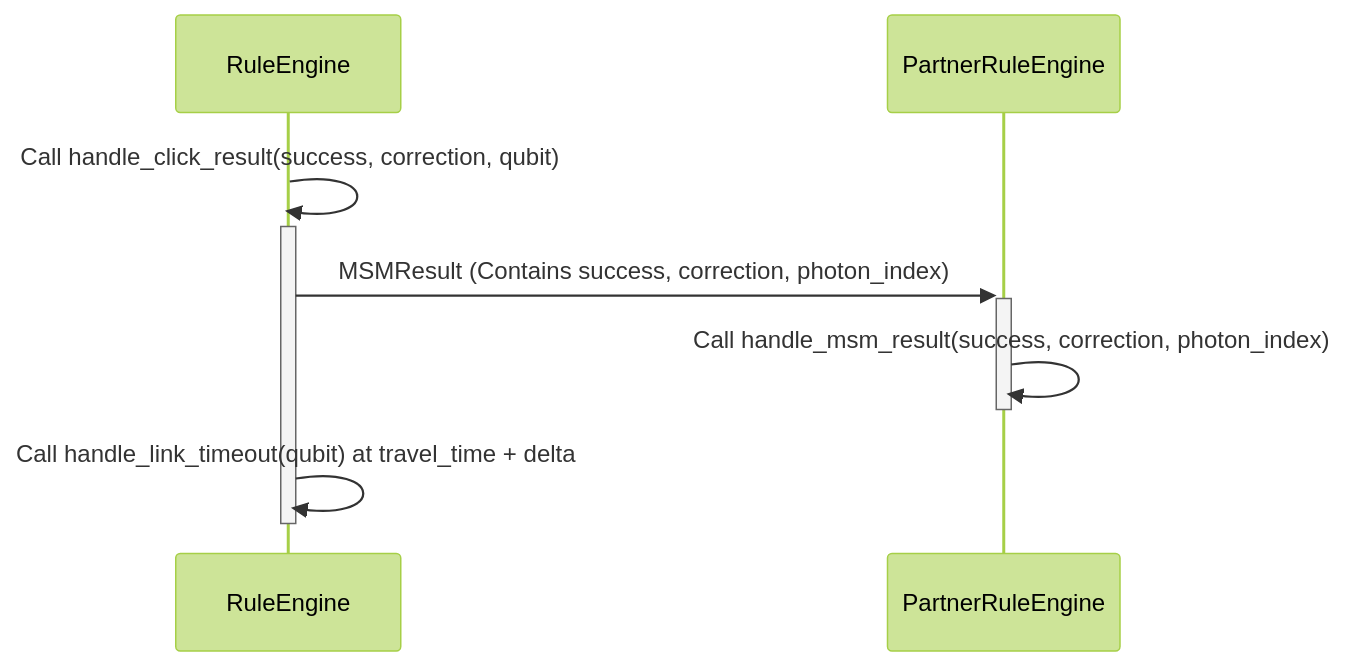
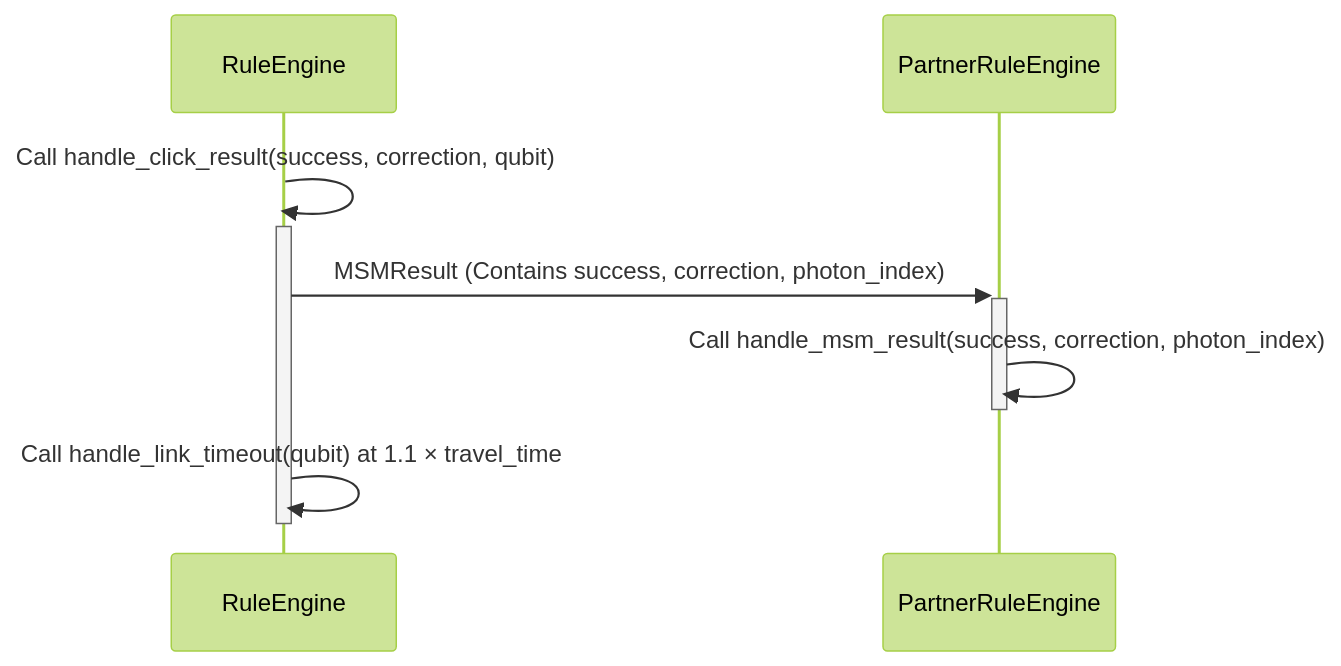
Before and after one commit to sfc-aqua/quisp: the second of 2 diagrams in quisp/modules/QRSA/RuleEngine/README.md, drawn with Mermaid (forest theme). The commit also changed other lines of this file, not shown here.

````diff
--- a/quisp/modules/QRSA/RuleEngine/README.md
+++ b/quisp/modules/QRSA/RuleEngine/README.md
@@ -50,10 +50,10 @@
 ```mermaid
 sequenceDiagram
     participant REA as RuleEngine
     participant PRT as PartnerRuleEngine
 
     REA->>+REA: Call handle_click_result(success, correction, qubit)
     REA->>+PRT: MSMResult (Contains success, correction, photon_index)
     PRT->>-PRT: Call handle_msm_result(success, correction, photon_index)
-    REA->>-REA: Call handle_link_timeout(qubit) at travel_time + delta
+    REA->>-REA: Call handle_link_timeout(qubit) at 1.1 × travel_time
 ```
````
